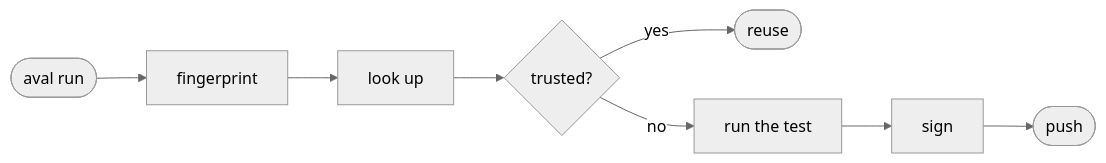
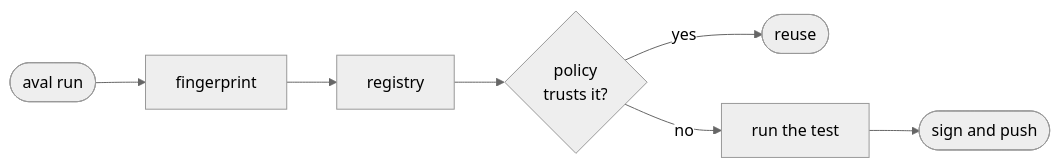
One commit to TrianaLab/aval changed the diagram in docs/concepts/index.md. Above: the diagram before and after it, drawn with Mermaid (neutral theme). The commit also changed other lines of this file and 151 other files, not shown here.

````diff
--- a/docs/concepts/index.md
+++ b/docs/concepts/index.md
@@ -6,6 +5,6 @@
 ```mermaid
 flowchart LR
-  run([aval run]) --> fp[fingerprint] --> look[look up] --> verify{trusted?}
-  verify -- yes --> reuse([reuse]):::ok
-  verify -- no --> exec[run the test] --> sign[sign] --> push([push]):::muted
+  run([aval run]) --> fp[fingerprint] --> reg[registry] --> pol{policy<br>trusts it?}
+  pol -- yes --> reuse([reuse]):::ok
+  pol -- no --> exec[run the test] --> push([sign and push]):::muted
 ```
````
